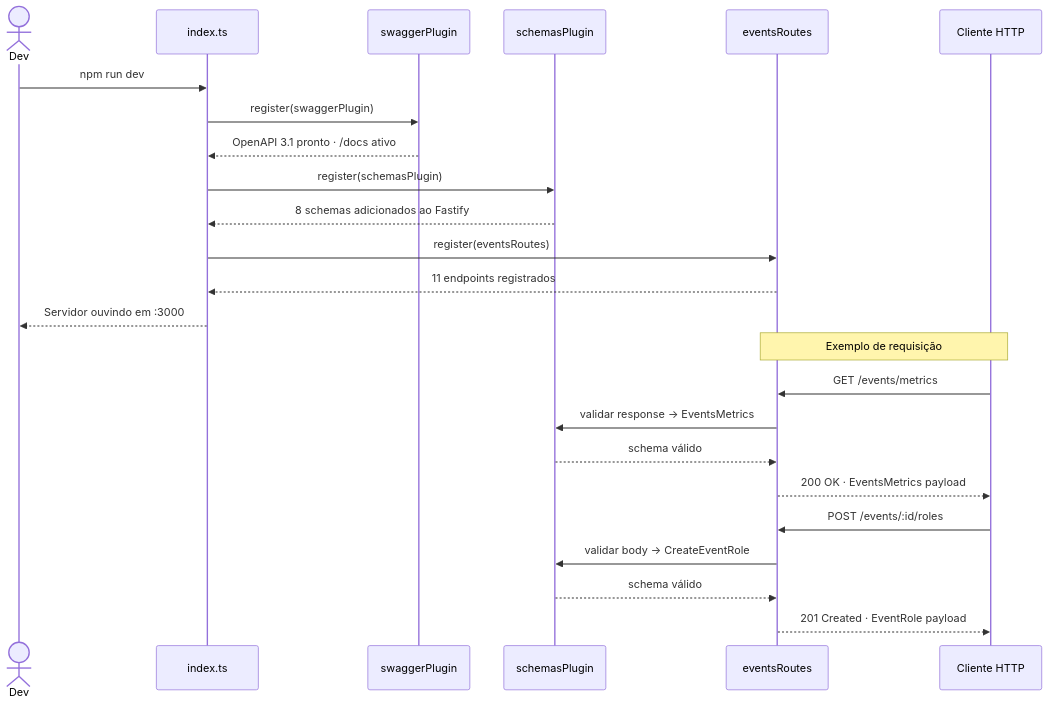
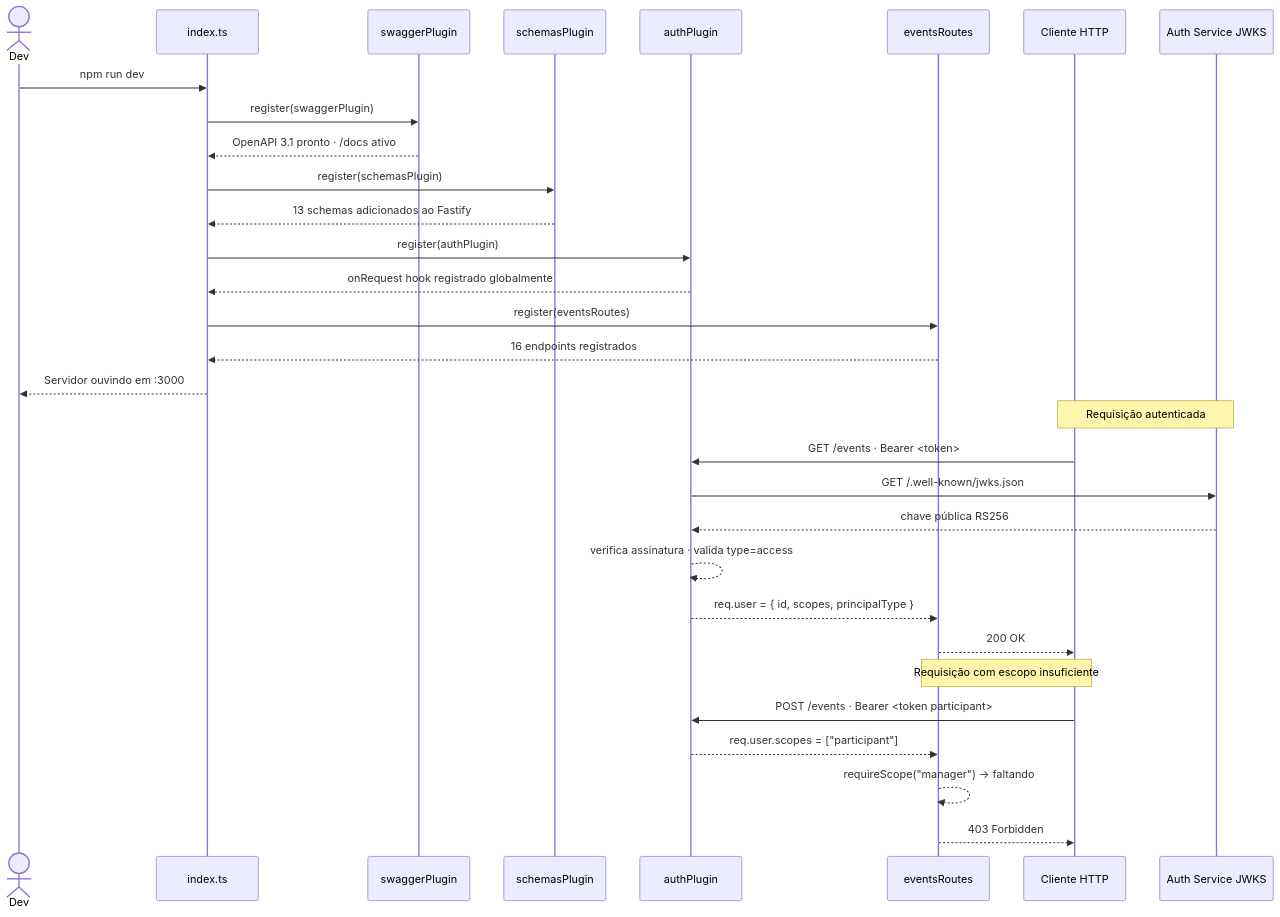
One commit to pucrs-csw-2026-1/0x-fork-avengers-t2 changed the second of 6 diagrams in README.md. Above: the diagram before and after it, drawn with Mermaid. The commit also changed other lines of this file and 1 other file, not shown here.

First line of the commit message:
docs: atualiza README com auth, endpoints e arquitetura reais

````diff
--- a/README.md
+++ b/README.md
@@ -157,32 +236,40 @@
 ```mermaid
 sequenceDiagram
     actor Dev
     participant idx  as index.ts
     participant sw   as swaggerPlugin
     participant sch  as schemasPlugin
+    participant auth as authPlugin
     participant rt   as eventsRoutes
     participant cli  as Cliente HTTP
+    participant jwks as Auth Service JWKS
 
     Dev->>idx: npm run dev
     idx->>sw: register(swaggerPlugin)
     sw-->>idx: OpenAPI 3.1 pronto · /docs ativo
 
     idx->>sch: register(schemasPlugin)
-    sch-->>idx: 8 schemas adicionados ao Fastify
+    sch-->>idx: 13 schemas adicionados ao Fastify
+
+    idx->>auth: register(authPlugin)
+    auth-->>idx: onRequest hook registrado globalmente
 
     idx->>rt: register(eventsRoutes)
-    rt-->>idx: 11 endpoints registrados
+    rt-->>idx: 16 endpoints registrados
 
     idx-->>Dev: Servidor ouvindo em :3000
 
-    Note over cli,rt: Exemplo de requisição
-    cli->>rt: GET /events/metrics
-    rt->>sch: validar response → EventsMetrics#
-    sch-->>rt: schema válido
-    rt-->>cli: 200 OK · EventsMetrics payload
+    Note over cli,jwks: Requisição autenticada
+    cli->>auth: GET /events · Bearer <token>
+    auth->>jwks: GET /.well-known/jwks.json
+    jwks-->>auth: chave pública RS256
+    auth-->>auth: verifica assinatura · valida type=access
+    auth-->>rt: req.user = { id, scopes, principalType }
+    rt-->>cli: 200 OK
 
-    cli->>rt: POST /events/:id/roles
-    rt->>sch: validar body → CreateEventRole#
-    sch-->>rt: schema válido
-    rt-->>cli: 201 Created · EventRole payload
+    Note over cli,rt: Requisição com escopo insuficiente
+    cli->>auth: POST /events · Bearer <token participant>
+    auth-->>rt: req.user.scopes = ["participant"]
+    rt-->>rt: requireScope("manager") → faltando
+    rt-->>cli: 403 Forbidden
 ```
````
